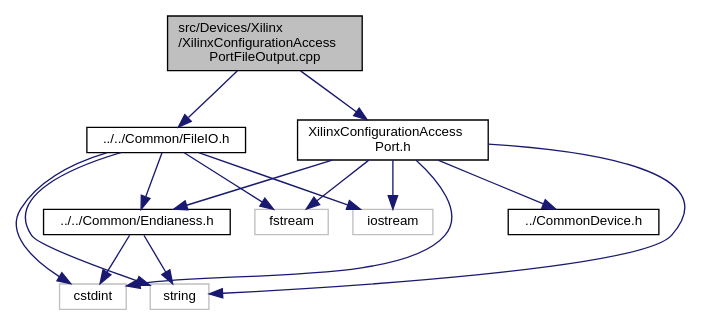
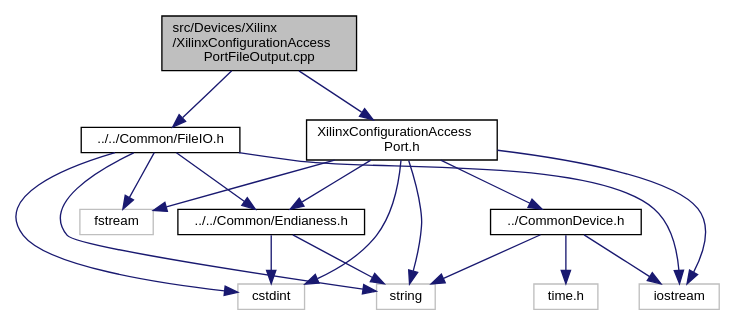
Before and after one commit to FPGA-Research-Manchester/byteman: the diagram in XilinxConfigurationAccessPortFileOutput_8cpp__incl.dot, drawn with Graphviz. The commit also changed 1540 other files, not shown here.

```diff
--- a/XilinxConfigurationAccessPortFileOutput_8cpp__incl.dot
+++ b/XilinxConfigurationAccessPortFileOutput_8cpp__incl.dot
@@ -1,31 +1,35 @@
 digraph "src/Devices/Xilinx/XilinxConfigurationAccessPortFileOutput.cpp"
 {
  // INTERACTIVE_SVG=YES
  // LATEX_PDF_SIZE
   edge [fontname="Helvetica",fontsize="10",labelfontname="Helvetica",labelfontsize="10"];
   node [fontname="Helvetica",fontsize="10",shape=record];
   Node1 [label="src/Devices/Xilinx\l/XilinxConfigurationAccess\lPortFileOutput.cpp",height=0.2,width=0.4,color="black", fillcolor="grey75", style="filled", fontcolor="black",tooltip=" "];
   Node1 -> Node2 [color="midnightblue",fontsize="10",style="solid",fontname="Helvetica"];
   Node2 [label="XilinxConfigurationAccess\lPort.h",height=0.2,width=0.4,color="black", fillcolor="white", style="filled",URL="$XilinxConfigurationAccessPort_8h.html",tooltip=" "];
   Node2 -> Node3 [color="midnightblue",fontsize="10",style="solid",fontname="Helvetica"];
   Node3 [label="iostream",height=0.2,width=0.4,color="grey75", fillcolor="white", style="filled",tooltip=" "];
   Node2 -> Node4 [color="midnightblue",fontsize="10",style="solid",fontname="Helvetica"];
   Node4 [label="cstdint",height=0.2,width=0.4,color="grey75", fillcolor="white", style="filled",tooltip=" "];
   Node2 -> Node5 [color="midnightblue",fontsize="10",style="solid",fontname="Helvetica"];
   Node5 [label="fstream",height=0.2,width=0.4,color="grey75", fillcolor="white", style="filled",tooltip=" "];
   Node2 -> Node6 [color="midnightblue",fontsize="10",style="solid",fontname="Helvetica"];
   Node6 [label="string",height=0.2,width=0.4,color="grey75", fillcolor="white", style="filled",tooltip=" "];
   Node2 -> Node7 [color="midnightblue",fontsize="10",style="solid",fontname="Helvetica"];
   Node7 [label="../CommonDevice.h",height=0.2,width=0.4,color="black", fillcolor="white", style="filled",URL="$CommonDevice_8h.html",tooltip=" "];
-  Node2 -> Node8 [color="midnightblue",fontsize="10",style="solid",fontname="Helvetica"];
-  Node8 [label="../../Common/Endianess.h",height=0.2,width=0.4,color="black", fillcolor="white", style="filled",URL="$Endianess_8h.html",tooltip=" "];
-  Node8 -> Node4 [color="midnightblue",fontsize="10",style="solid",fontname="Helvetica"];
-  Node8 -> Node6 [color="midnightblue",fontsize="10",style="solid",fontname="Helvetica"];
-  Node1 -> Node9 [color="midnightblue",fontsize="10",style="solid",fontname="Helvetica"];
-  Node9 [label="../../Common/FileIO.h",height=0.2,width=0.4,color="black", fillcolor="white", style="filled",URL="$FileIO_8h.html",tooltip=" "];
-  Node9 -> Node3 [color="midnightblue",fontsize="10",style="solid",fontname="Helvetica"];
+  Node7 -> Node3 [color="midnightblue",fontsize="10",style="solid",fontname="Helvetica"];
+  Node7 -> Node6 [color="midnightblue",fontsize="10",style="solid",fontname="Helvetica"];
+  Node7 -> Node8 [color="midnightblue",fontsize="10",style="solid",fontname="Helvetica"];
+  Node8 [label="time.h",height=0.2,width=0.4,color="grey75", fillcolor="white", style="filled",tooltip=" "];
+  Node2 -> Node9 [color="midnightblue",fontsize="10",style="solid",fontname="Helvetica"];
+  Node9 [label="../../Common/Endianess.h",height=0.2,width=0.4,color="black", fillcolor="white", style="filled",URL="$Endianess_8h.html",tooltip=" "];
   Node9 -> Node4 [color="midnightblue",fontsize="10",style="solid",fontname="Helvetica"];
-  Node9 -> Node5 [color="midnightblue",fontsize="10",style="solid",fontname="Helvetica"];
   Node9 -> Node6 [color="midnightblue",fontsize="10",style="solid",fontname="Helvetica"];
-  Node9 -> Node8 [color="midnightblue",fontsize="10",style="solid",fontname="Helvetica"];
+  Node1 -> Node10 [color="midnightblue",fontsize="10",style="solid",fontname="Helvetica"];
+  Node10 [label="../../Common/FileIO.h",height=0.2,width=0.4,color="black", fillcolor="white", style="filled",URL="$FileIO_8h.html",tooltip=" "];
+  Node10 -> Node3 [color="midnightblue",fontsize="10",style="solid",fontname="Helvetica"];
+  Node10 -> Node4 [color="midnightblue",fontsize="10",style="solid",fontname="Helvetica"];
+  Node10 -> Node5 [color="midnightblue",fontsize="10",style="solid",fontname="Helvetica"];
+  Node10 -> Node6 [color="midnightblue",fontsize="10",style="solid",fontname="Helvetica"];
+  Node10 -> Node9 [color="midnightblue",fontsize="10",style="solid",fontname="Helvetica"];
 }
```
